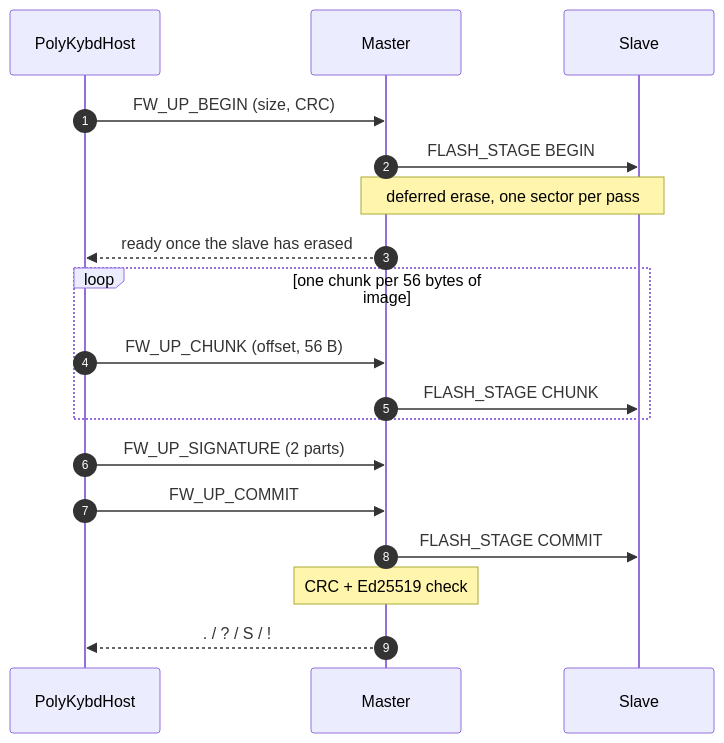
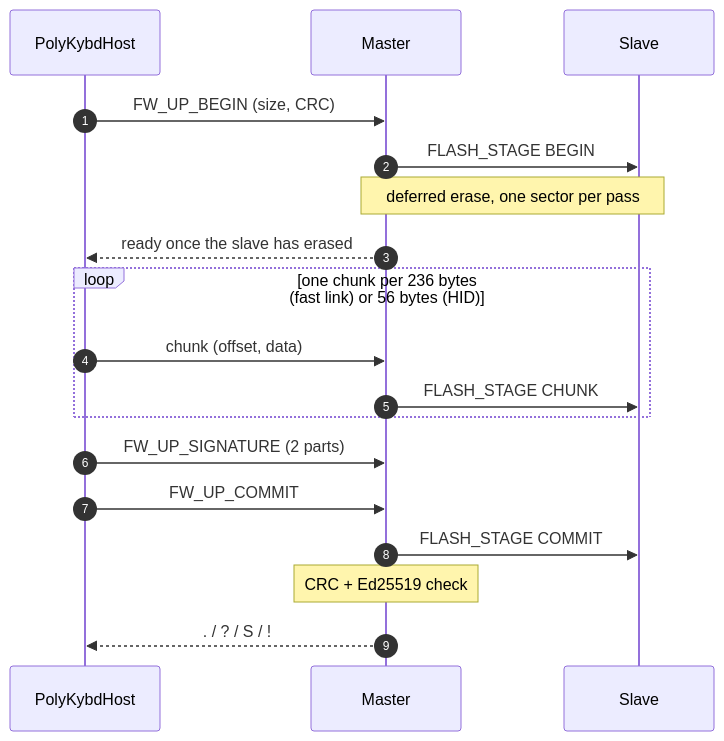
One commit to thpoll83/polykybd-docs changed the diagram in src/content/docs/beyond-qmk/firmware-update.mdx. Above: the diagram before and after it, drawn with Mermaid. The commit also changed other lines of this file and 4 other files, not shown here.

First line of the commit message:
Firmware update over the fast link, 1843200 baud split link, block erase

````diff
--- a/src/content/docs/beyond-qmk/firmware-update.mdx
+++ b/src/content/docs/beyond-qmk/firmware-update.mdx
@@ -45,20 +73,20 @@
 ```mermaid
 sequenceDiagram
   autonumber
   participant H as PolyKybdHost
   participant M as Master
   participant S as Slave
   H->>M: FW_UP_BEGIN (size, CRC)
   M->>S: FLASH_STAGE BEGIN
   Note over M,S: deferred erase, one sector per pass
   M-->>H: ready once the slave has erased
-  loop one chunk per 56 bytes of image
-    H->>M: FW_UP_CHUNK (offset, 56 B)
+  loop one chunk per 236 bytes (fast link) or 56 bytes (HID)
+    H->>M: chunk (offset, data)
     M->>S: FLASH_STAGE CHUNK
   end
   H->>M: FW_UP_SIGNATURE (2 parts)
   H->>M: FW_UP_COMMIT
   M->>S: FLASH_STAGE COMMIT
   Note over M: CRC + Ed25519 check
   M-->>H: . / ? / S / !
 ```
````
